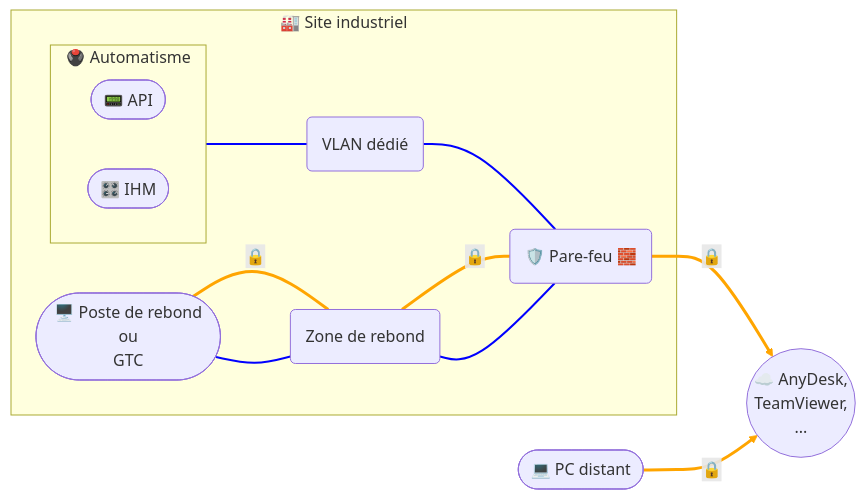
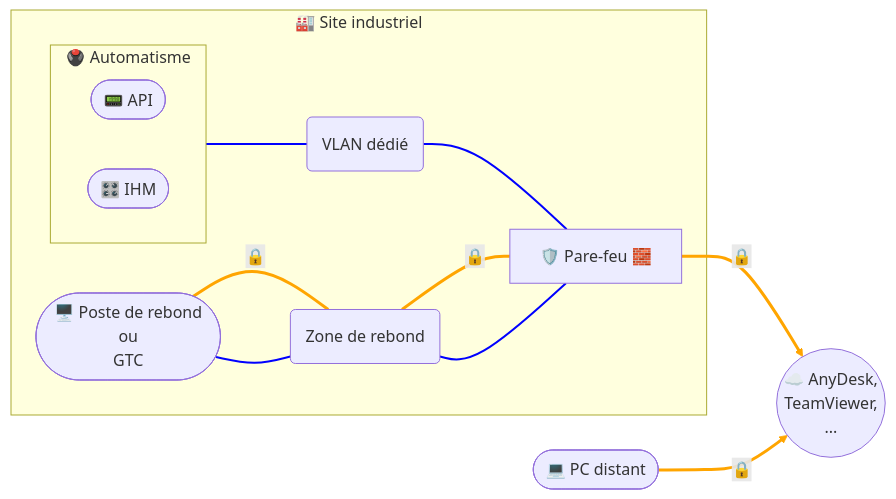
Before and after one commit to JohannPx/network-architectures: the diagram in docs/remote-access/Accès distant - Prise de main à distance.md, drawn with Mermaid. The commit also changed 8 other files, not shown here.

````diff
--- a/docs/remote-access/Accès distant - Prise de main à distance.md
+++ b/docs/remote-access/Accès distant - Prise de main à distance.md
@@ -5,42 +5,42 @@
 ```mermaid
 flowchart LR
 
     remote([💻 PC distant])
 
     pmad((☁️ AnyDesk,
     TeamViewer,
     ...))
 
     subgraph site [🏭 Site industriel]
-        fw(🛡️ Pare-feu 🧱)
+        fw[🛡️ Pare-feu 🧱]
         jumpAera(Zone de rebond)
         vlanAutomation(VLAN dédié)
         jumpServer([🖥️ Poste de rebond
         ou
         GTC])
         subgraph automation [🖲️ Automatisme]
             direction RL
             plc([📟 API])
             hmi([🎛️ IHM])
         end
     end
 
     remote == 🔒 ==> pmad
     fw == 🔒 ==> pmad
     jumpAera == 🔒 === fw
     jumpServer == 🔒 === jumpAera
     vlanAutomation === fw
     automation === vlanAutomation
     jumpServer --- jumpAera
     jumpAera --- fw
 
     linkStyle 0 stroke:orange,stroke-width:3px,color:orange;
     linkStyle 1 stroke:orange,stroke-width:3px,color:orange;
     linkStyle 2 stroke:orange,stroke-width:3px,color:orange;
     linkStyle 3 stroke:orange,stroke-width:3px,color:orange;
     linkStyle 4 stroke:blue,stroke-width:2px;
     linkStyle 5 stroke:blue,stroke-width:2px;
     linkStyle 6 stroke:blue,stroke-width:2px;
     linkStyle 7 stroke:blue,stroke-width:2px;
 
 ```
````
